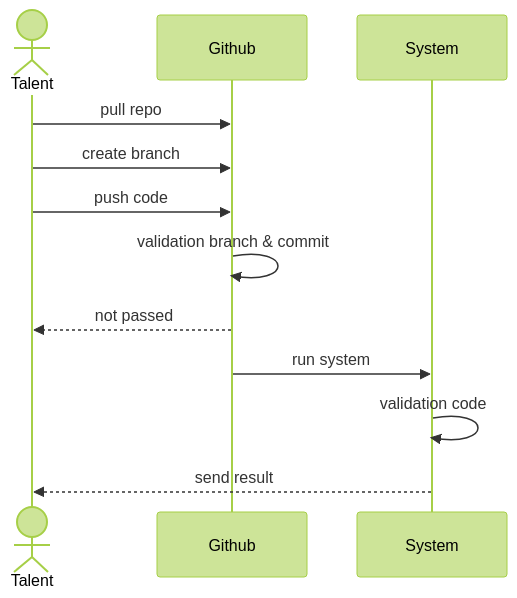
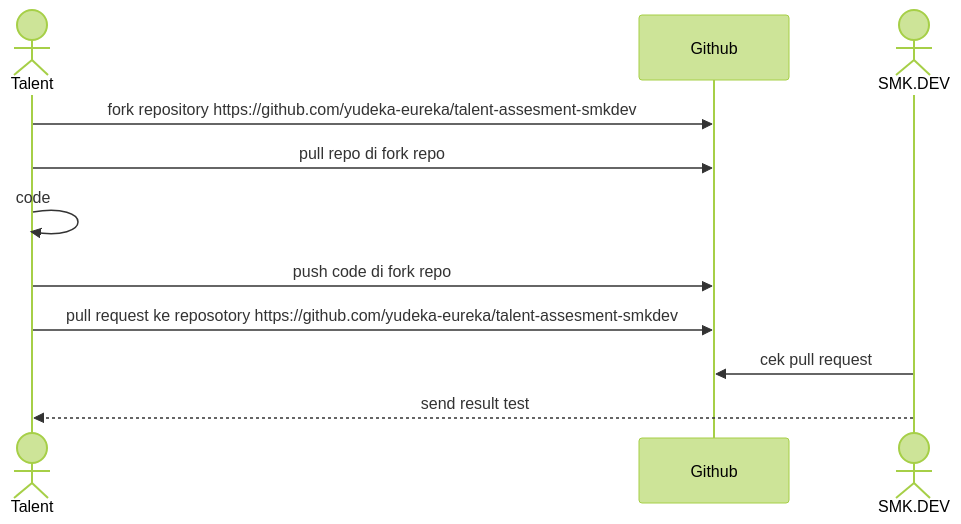
One commit to yudeka-eureka/talent-assesment-smkdev changed the diagram in README.md. Above: the diagram before and after it, drawn with Mermaid (forest theme). The commit also changed other lines of this file, not shown here.

Commit message:
update: readme

````diff
--- a/README.md
+++ b/README.md
@@ -17,14 +17,13 @@
 ```mermaid 
     sequenceDiagram
         actor T as Talent
         participant G as Github
-        participant S as System
-        T->>G: pull repo
-        T->>G: create branch
-        T->>G: push code
-        G->>G: validation branch & commit
-        G-->>T: not passed
-        G->>S: run system
-        S->>S: validation code
-        S-->>T: send result
+        actor S as SMK.DEV
+        T->>G: fork repository https://github.com/yudeka-eureka/talent-assesment-smkdev
+        T->>G: pull repo di fork repo
+        T->>T: code
+        T->>G: push code di fork repo
+        T->>G: pull request ke reposotory https://github.com/yudeka-eureka/talent-assesment-smkdev
+        S->>G: cek pull request
+        S-->>T: send result test
 ```
````
